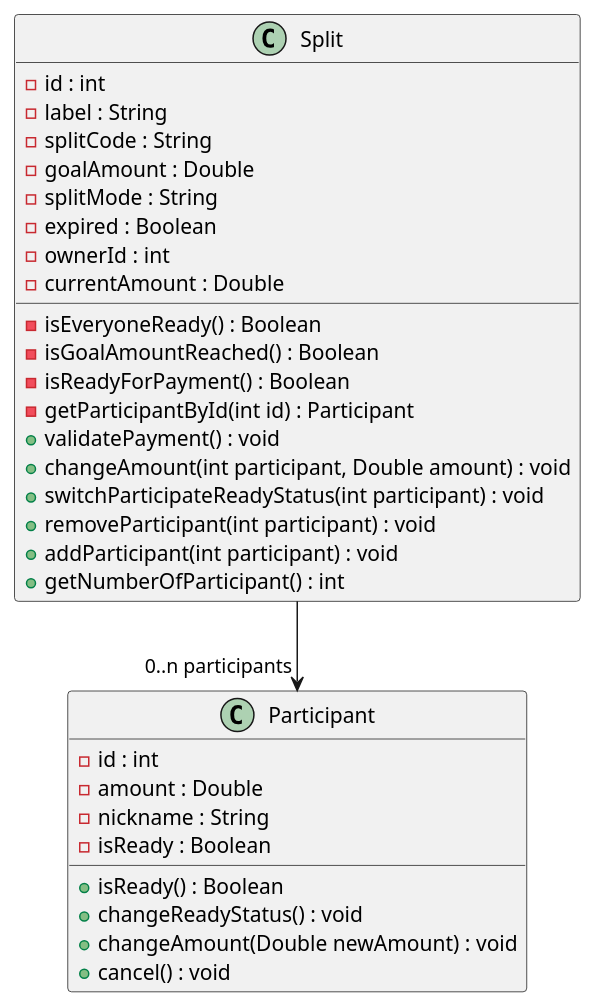
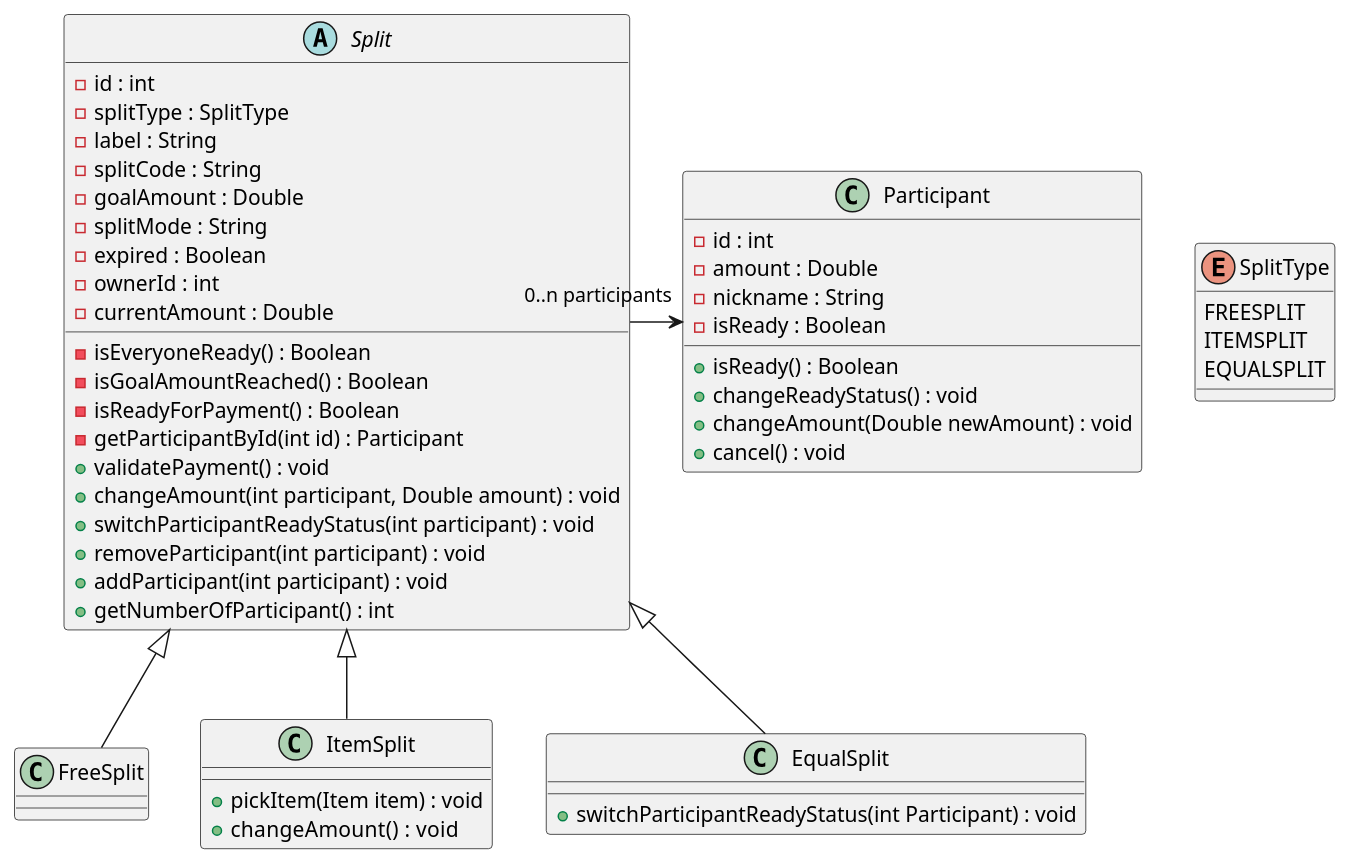
Before and after one commit to Julien-Wiegandt/SplitPay: the diagram in documentation/software_design/manage_split_participation/split_class_diagram.puml, drawn with PlantUML. The commit also changed 2 other files, not shown here.

Commit message:
Updated design for different split types

```diff
--- a/documentation/software_design/manage_split_participation/split_class_diagram.puml
+++ b/documentation/software_design/manage_split_participation/split_class_diagram.puml
@@ -1,37 +1,59 @@
 @startuml
 
-class Split {
+abstract class Split {
     - id : int
+    - splitType : SplitType
     - label : String
     - splitCode : String
     - goalAmount : Double
     - splitMode : String
     - expired : Boolean
     - isEveryoneReady() : Boolean
     - isGoalAmountReached() : Boolean
     - isReadyForPayment() : Boolean
     - getParticipantById(int id) : Participant
     - ownerId : int
     - currentAmount : Double
     + validatePayment() : void
     + changeAmount(int participant, Double amount) : void
-    + switchParticipateReadyStatus(int participant) : void
+    + switchParticipantReadyStatus(int participant) : void
     + removeParticipant(int participant) : void
     + addParticipant(int participant) : void
     + getNumberOfParticipant() : int
 }
 
 class Participant {
     - id : int
     - amount : Double
     - nickname : String
     - isReady : Boolean
     + isReady() : Boolean
     + changeReadyStatus() : void
     + changeAmount(Double newAmount) : void
     + cancel() : void
 }
 
-Split --> "0..n participants" Participant
+class FreeSplit{
+}
+
+class ItemSplit{
+    + pickItem(Item item) : void
+    + changeAmount() :  void
+}
+
+class EqualSplit{
+    + switchParticipantReadyStatus(int Participant) : void
+}
+
+enum SplitType{
+    FREESPLIT
+    ITEMSPLIT
+    EQUALSPLIT
+}
+
+Split -right-> "0..n participants" Participant
+FreeSplit -up-|> Split
+ItemSplit -up-|> Split
+EqualSplit -up-|> Split
 
 @enduml
```
